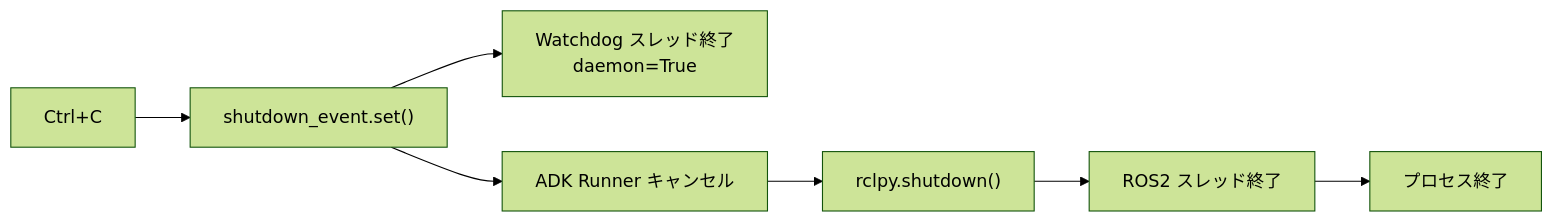
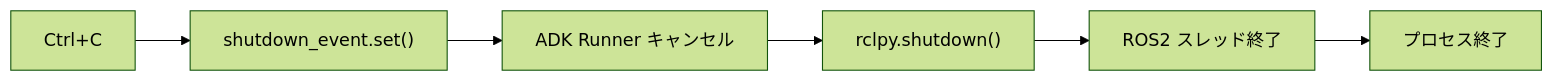
The ninth of 11 diagrams in docs/Design.md (sato-susumu/susumu_agent), drawn with Mermaid (forest theme) before and after one commit. The commit also changed other lines of this file and 13 other files, not shown here.

````diff
--- a/docs/Design.md
+++ b/docs/Design.md
@@ -488,9 +525,8 @@
 ```mermaid
 flowchart LR
     A["Ctrl+C"] --> B["shutdown_event.set()"]
-    B --> C["Watchdog スレッド終了\ndaemon=True"]
     B --> D["ADK Runner キャンセル"]
     D --> E["rclpy.shutdown()"]
     E --> F["ROS2 スレッド終了"]
     F --> G["プロセス終了"]
 ```
````
